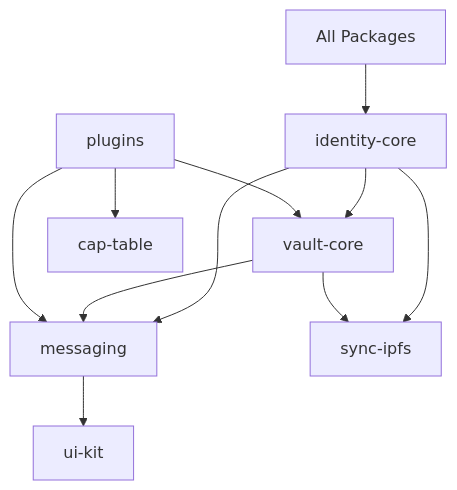
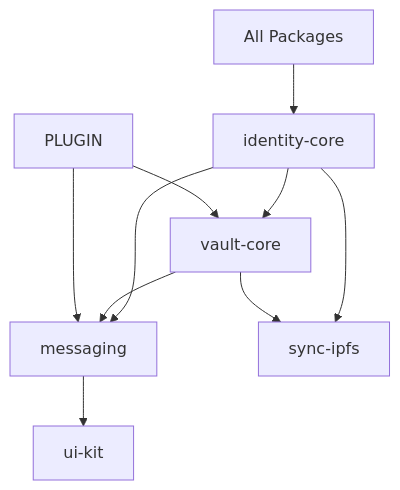
The diagram in phase_1_requirements.md (foofork/Volli), drawn with Mermaid before and after one commit. The commit also changed other lines of this file and 20 other files, not shown here.

First line of the commit message:
Remove @volli/cap-table package - scope cleanup

````diff
--- a/phase_1_requirements.md
+++ b/phase_1_requirements.md
@@ -394,17 +355,16 @@
 ```mermaid
 graph TD
     IC[identity-core] --> VC[vault-core]
     IC --> MSG[messaging]
     IC --> SYNC[sync-ipfs]
     
     VC --> MSG
     VC --> SYNC
     
     MSG --> UI[ui-kit]
     
-    PLUGIN[plugins] --> CAP[cap-table]
     PLUGIN --> VC
     PLUGIN --> MSG
     
     ALL[All Packages] --> IC
 ```
````
